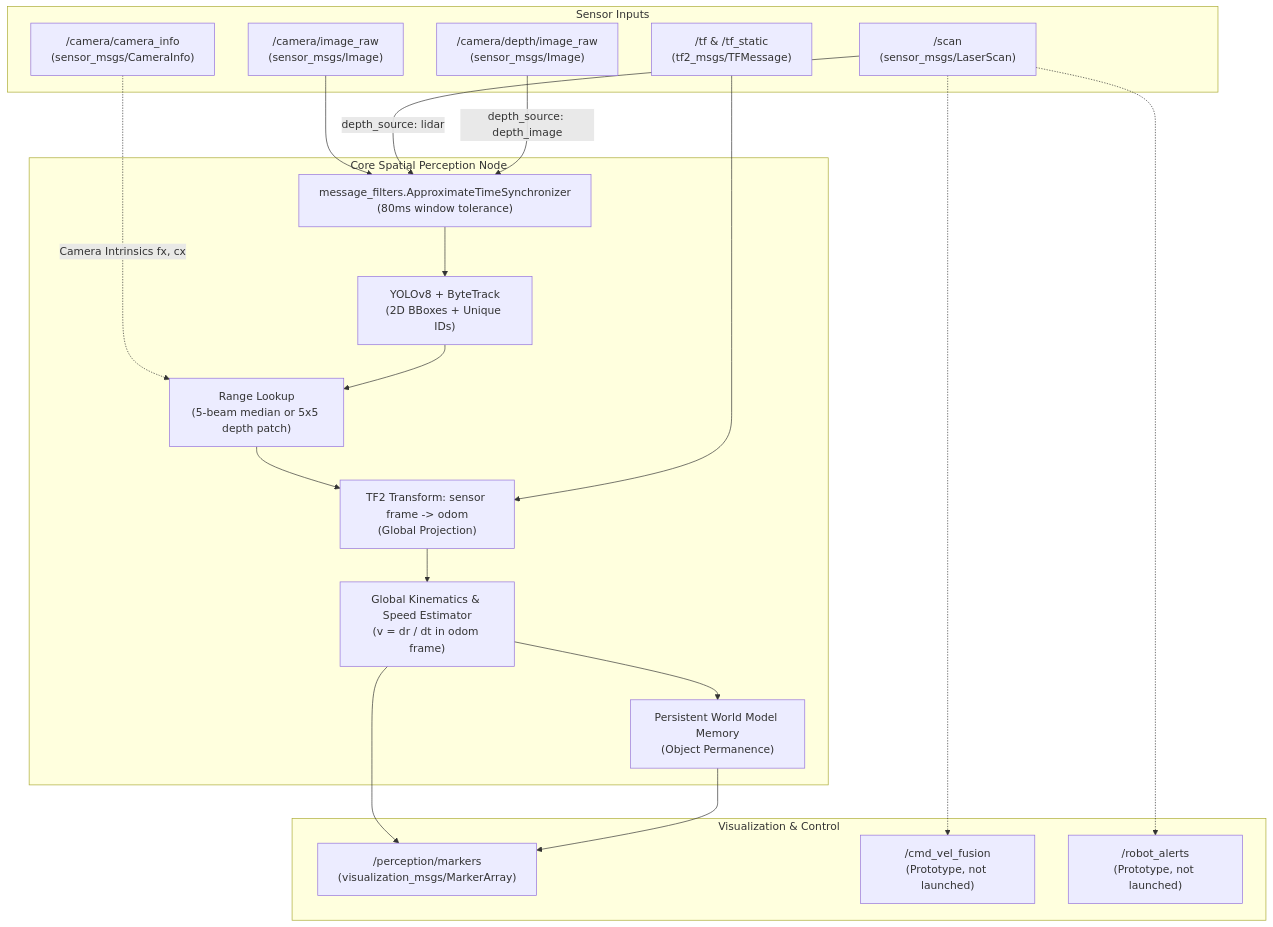
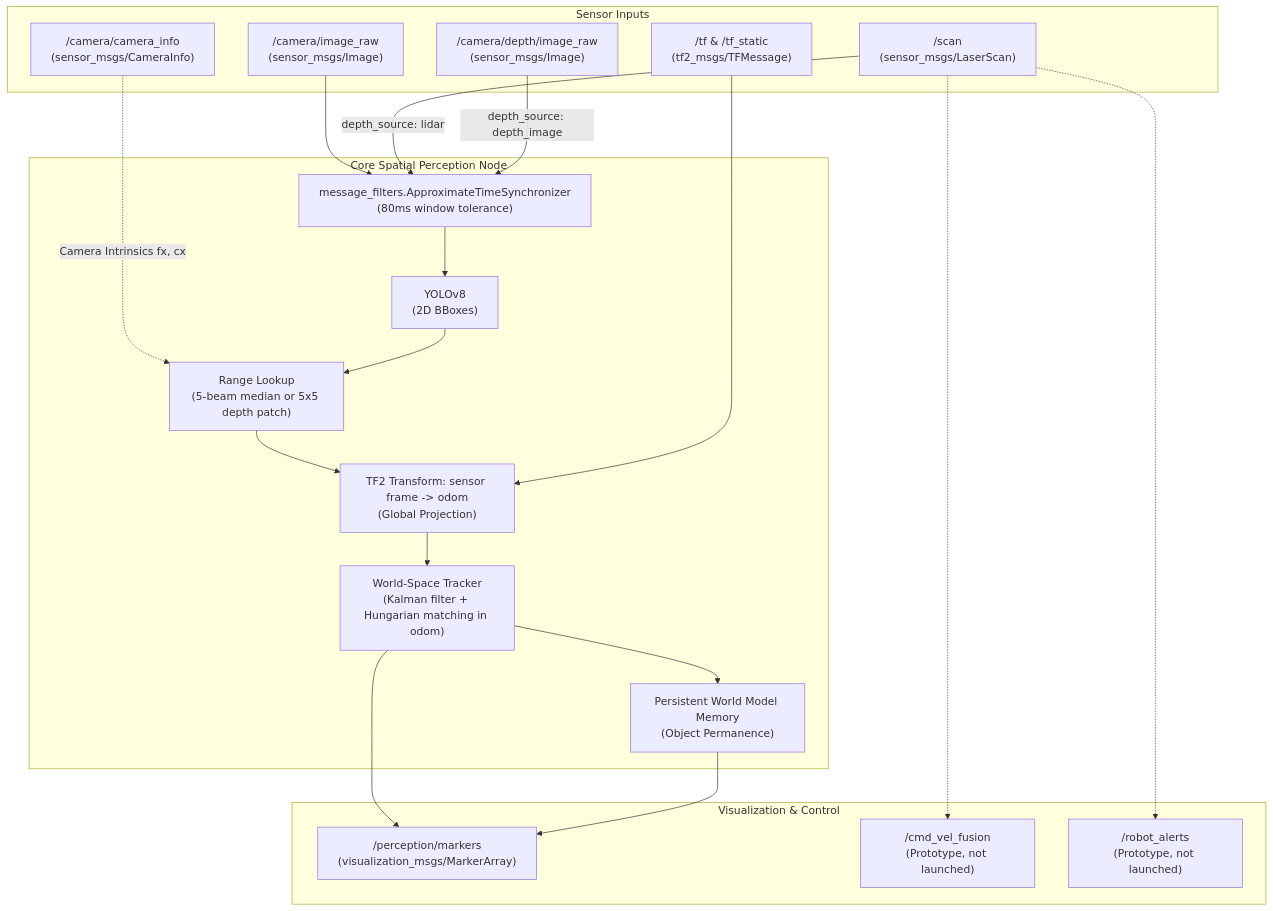
One commit to orvane-sys/r_one changed the diagram in README.md. Above: the diagram before and after it, drawn with Mermaid. The commit also changed other lines of this file and 17 other files, not shown here.

Commit message:
Replace ByteTrack IDs with a world space tracker (#6)

````diff
--- a/README.md
+++ b/README.md
@@ -38,40 +38,40 @@
 ```mermaid
 flowchart TD
     subgraph Inputs ["Sensor Inputs"]
         CAM["/camera/image_raw<br/>(sensor_msgs/Image)"]
         INFO["/camera/camera_info<br/>(sensor_msgs/CameraInfo)"]
         SCAN["/scan<br/>(sensor_msgs/LaserScan)"]
         DEPTH["/camera/depth/image_raw<br/>(sensor_msgs/Image)"]
         TF["/tf & /tf_static<br/>(tf2_msgs/TFMessage)"]
     end
 
     subgraph Perception ["Core Spatial Perception Node"]
         SYNC["message_filters.ApproximateTimeSynchronizer<br/>(80ms window tolerance)"]
-        YOLO["YOLOv8 + ByteTrack<br/>(2D BBoxes + Unique IDs)"]
+        YOLO["YOLOv8<br/>(2D BBoxes)"]
         GEOM["Range Lookup<br/>(5-beam median or 5x5 depth patch)"]
         TRANS["TF2 Transform: sensor frame -> odom<br/>(Global Projection)"]
-        KIN["Global Kinematics & Speed Estimator<br/>(v = dr / dt in odom frame)"]
+        KIN["World-Space Tracker<br/>(Kalman filter + Hungarian matching in odom)"]
         WM["Persistent World Model Memory<br/>(Object Permanence)"]
     end
 
     subgraph Outputs ["Visualization & Control"]
         RVIZ["/perception/markers<br/>(visualization_msgs/MarkerArray)"]
         AEB["/cmd_vel_fusion<br/>(Prototype, not launched)"]
         ALERTS["/robot_alerts<br/>(Prototype, not launched)"]
     end
 
     CAM --> SYNC
     SCAN -->|depth_source: lidar| SYNC
     DEPTH -->|depth_source: depth_image| SYNC
     INFO -.->|Camera Intrinsics fx, cx| GEOM
     SYNC --> YOLO
     YOLO --> GEOM
     GEOM --> TRANS
     TF --> TRANS
     TRANS --> KIN
     KIN --> WM
     KIN --> RVIZ
     WM --> RVIZ
     SCAN -.-> AEB
     SCAN -.-> ALERTS
 ```
````
